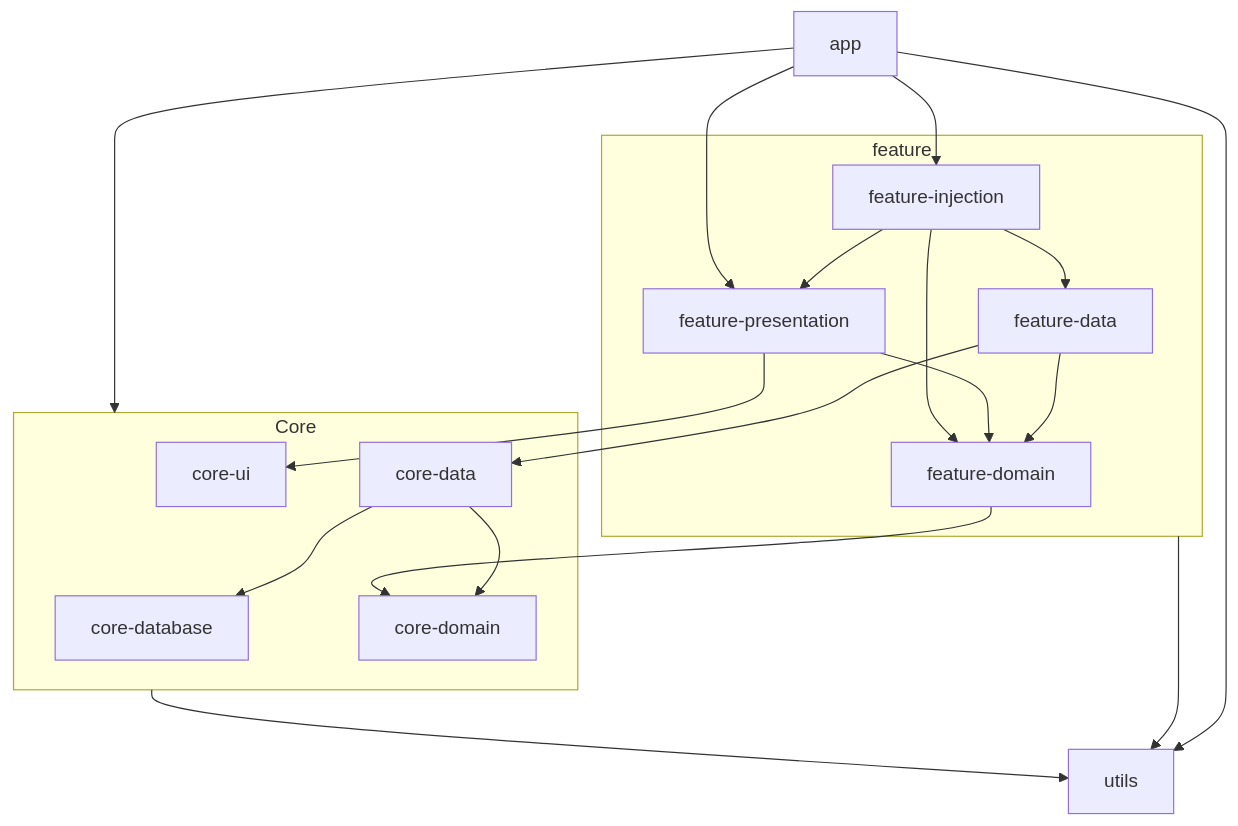
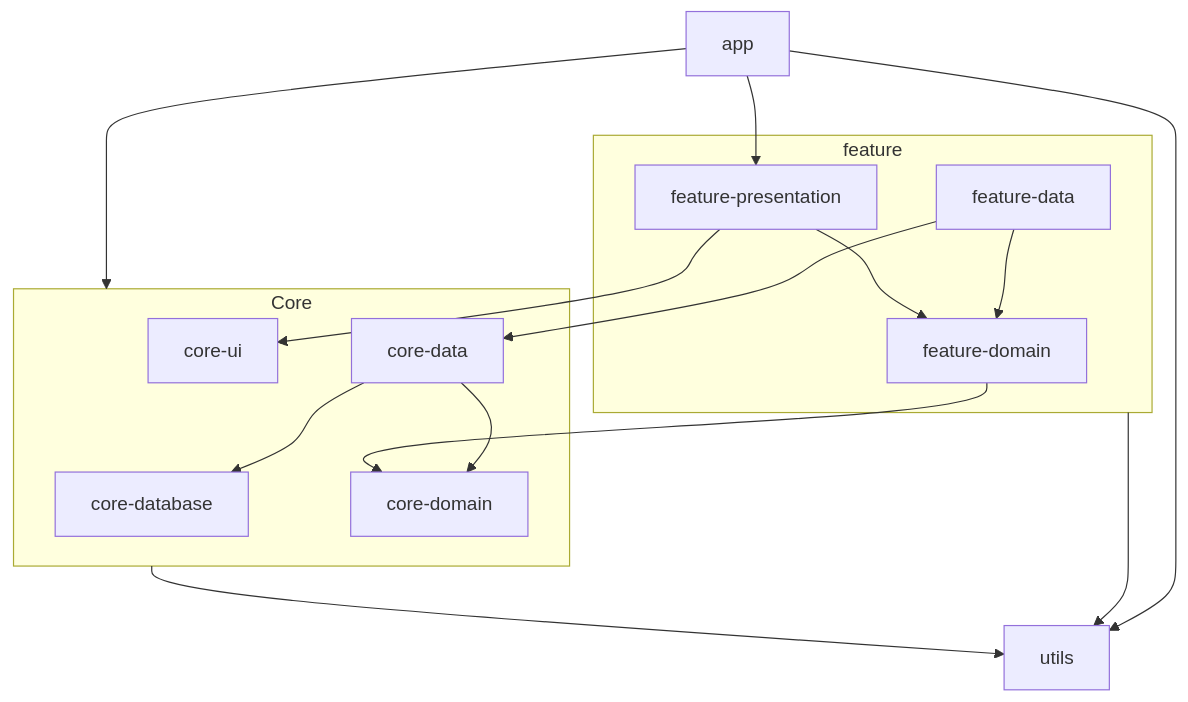
The second of 2 diagrams in README.md (mutkuensert/MovieDb-Light), drawn with Mermaid before and after one commit. The commit also changed other lines of this file, not shown here.

````diff
--- a/README.md
+++ b/README.md
@@ -52,45 +52,40 @@
 ```mermaid
 graph TD
 
     App[app]
     Utils[utils]
 
     subgraph Core[Core]
         C1[core-database]
         C2[core-data]
         C3[core-domain]
         C4[core-ui]
     end
 
     subgraph Feature[feature]
         F1[feature-data]
         F2[feature-domain]
         F3[feature-presentation]
-        F4[feature-injection]
     end
 
 %% Libraries module dependencies
     Feature --> Utils
     Core --> Utils
     App --> Utils
 
 %% Core module dependencies
     C2 --> C1
     C2 --> C3
 
 %% Feature module dependencies
     F1 --> C2
     F2 --> C3
     F3 --> C4
     F1 --> F2
     F3 --> F2
-    F4 --> F1
-    F4 --> F2
-    F4 --> F3
 
 %% App dependencies
     App --> Core
     App --> F3
-    App --> F4
 
 ```
````
